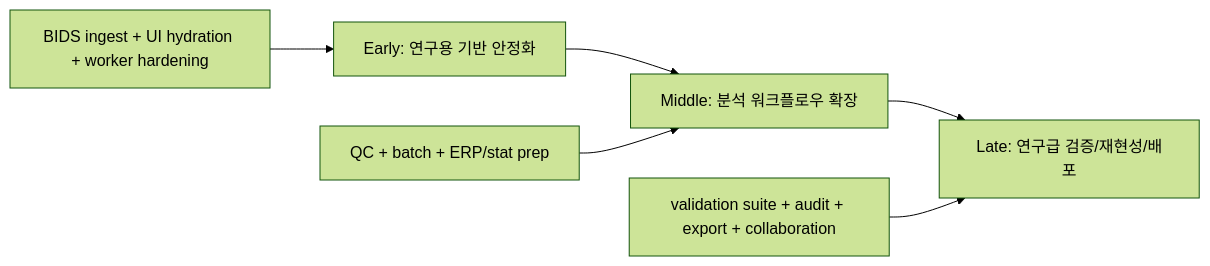
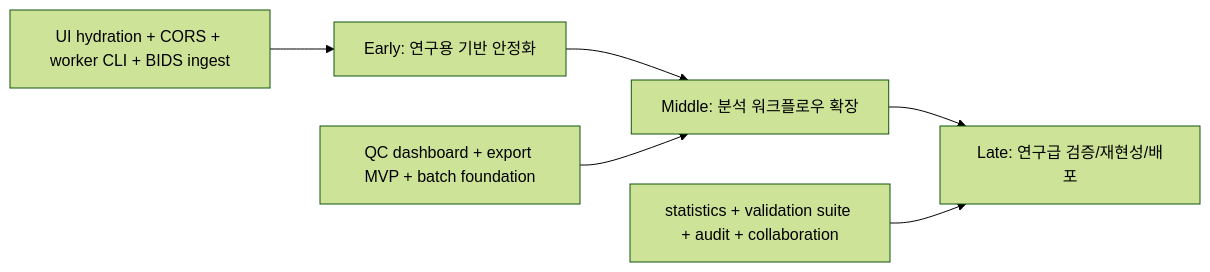
Before and after one commit to abstractn0nsense/neuroweave: the diagram in docs/research-tool-completion-roadmap.md, drawn with Mermaid (forest theme). The commit also changed other lines of this file and 2 other files, not shown here.

First line of the commit message:
Update research roadmap pipeline

````diff
--- a/docs/research-tool-completion-roadmap.md
+++ b/docs/research-tool-completion-roadmap.md
@@ -23,8 +36,8 @@
 ```mermaid
 flowchart LR
   A["Early: 연구용 기반 안정화"] --> B["Middle: 분석 워크플로우 확장"]
   B --> C["Late: 연구급 검증/재현성/배포"]
-  A1["BIDS ingest + UI hydration + worker hardening"] --> A
-  B1["QC + batch + ERP/stat prep"] --> B
-  C1["validation suite + audit + export + collaboration"] --> C
+  A1["UI hydration + CORS + worker CLI + BIDS ingest"] --> A
+  B1["QC dashboard + export MVP + batch foundation"] --> B
+  C1["statistics + validation suite + audit + collaboration"] --> C
 ```
````
